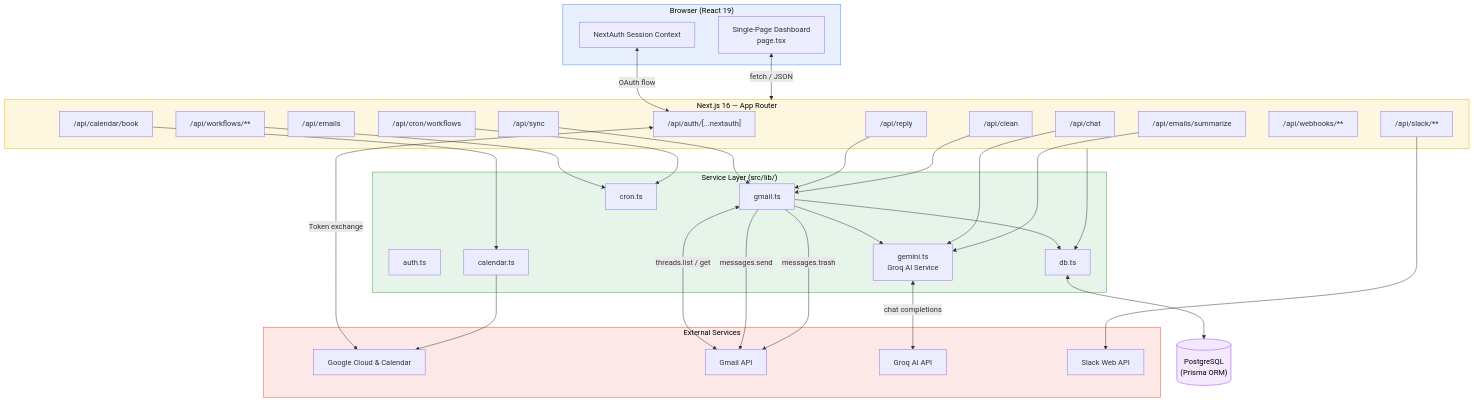
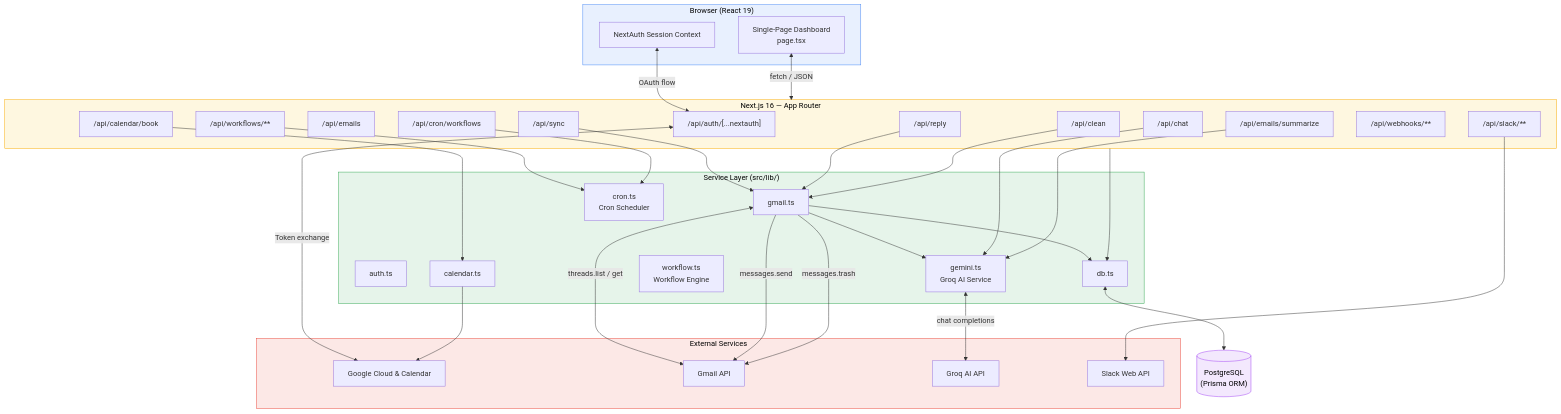
The first of 4 diagrams in ARCHITECTURE.md (Vamshidathrika/repeatless-email-ai-assistant), drawn with Mermaid before and after one commit. The commit also changed other lines of this file, not shown here.

Commit message:
docs: update ARCHITECTURE.md with workflow.ts component details

````diff
--- a/ARCHITECTURE.md
+++ b/ARCHITECTURE.md
@@ -46,73 +46,74 @@
 ```mermaid
 graph TB
     subgraph Client["Browser (React 19)"]
         UI["Single-Page Dashboard<br/>page.tsx"]
         SessionCtx["NextAuth Session Context"]
     end
 
     subgraph NextJS["Next.js 16 — App Router"]
         AuthRoute["/api/auth/[...nextauth]"]
         SyncRoute["/api/sync"]
         EmailsRoute["/api/emails"]
         SummarizeRoute["/api/emails/summarize"]
         ChatRoute["/api/chat"]
         ReplyRoute["/api/reply"]
         CleanRoute["/api/clean"]
         SlackRoute["/api/slack/**"]
         CalendarRoute["/api/calendar/book"]
         WorkflowsRoute["/api/workflows/**"]
         WebhooksRoute["/api/webhooks/**"]
         CronRoute["/api/cron/workflows"]
     end
 
     subgraph Services["Service Layer (src/lib/)"]
         AuthSvc["auth.ts"]
         DBSvc["db.ts"]
         AISvc["gemini.ts<br/>Groq AI Service"]
         GmailSvc["gmail.ts"]
-        CronSvc["cron.ts"]
+        CronSvc["cron.ts<br/>Cron Scheduler"]
+        WorkflowSvc["workflow.ts<br/>Workflow Engine"]
         CalendarSvc["calendar.ts"]
     end
 
     subgraph External["External Services"]
         Google["Google Cloud & Calendar"]
         GmailAPI["Gmail API"]
         GroqAPI["Groq AI API"]
         SlackAPI["Slack Web API"]
     end
 
     DB[("PostgreSQL<br/>(Prisma ORM)")]
 
     UI <-->|"fetch / JSON"| NextJS
     SessionCtx <-->|"OAuth flow"| AuthRoute
     AuthRoute <-->|"Token exchange"| Google
 
     SyncRoute --> GmailSvc
     GmailSvc <-->|"threads.list / get"| GmailAPI
     GmailSvc --> AISvc
     AISvc <-->|"chat completions"| GroqAPI
 
     ReplyRoute --> GmailSvc
     GmailSvc -->|"messages.send"| GmailAPI
 
     ChatRoute --> AISvc
     SummarizeRoute --> AISvc
 
     CleanRoute --> GmailSvc
     GmailSvc -->|"messages.trash"| GmailAPI
 
     SlackRoute --> SlackAPI
     CalendarRoute --> CalendarSvc --> Google
     WorkflowsRoute --> CronSvc
     CronRoute --> CronSvc
 
     NextJS --> DBSvc
     DBSvc <--> DB
     GmailSvc --> DBSvc
 
     style Client fill:#e8f0fe,stroke:#4285f4,color:#000
     style NextJS fill:#fef7e0,stroke:#f9ab00,color:#000
     style Services fill:#e6f4ea,stroke:#34a853,color:#000
     style External fill:#fce8e6,stroke:#ea4335,color:#000
     style DB fill:#f3e8fd,stroke:#a142f4,color:#000
 ```
````
